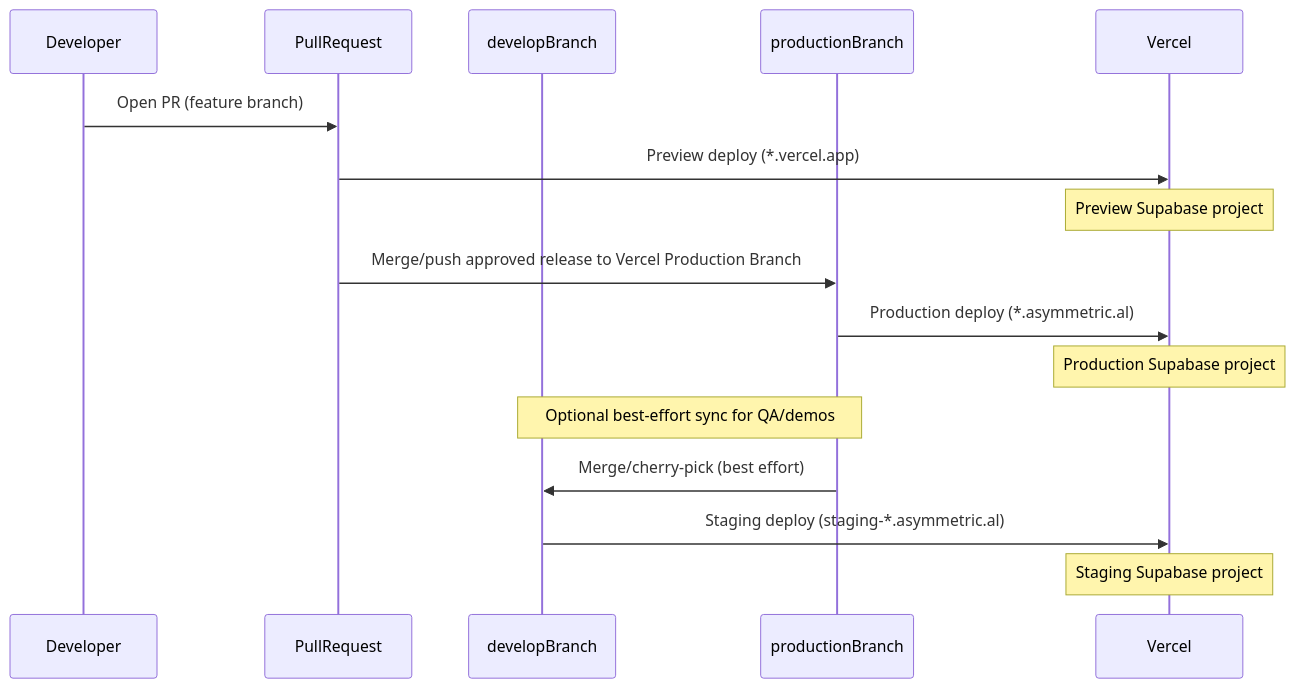
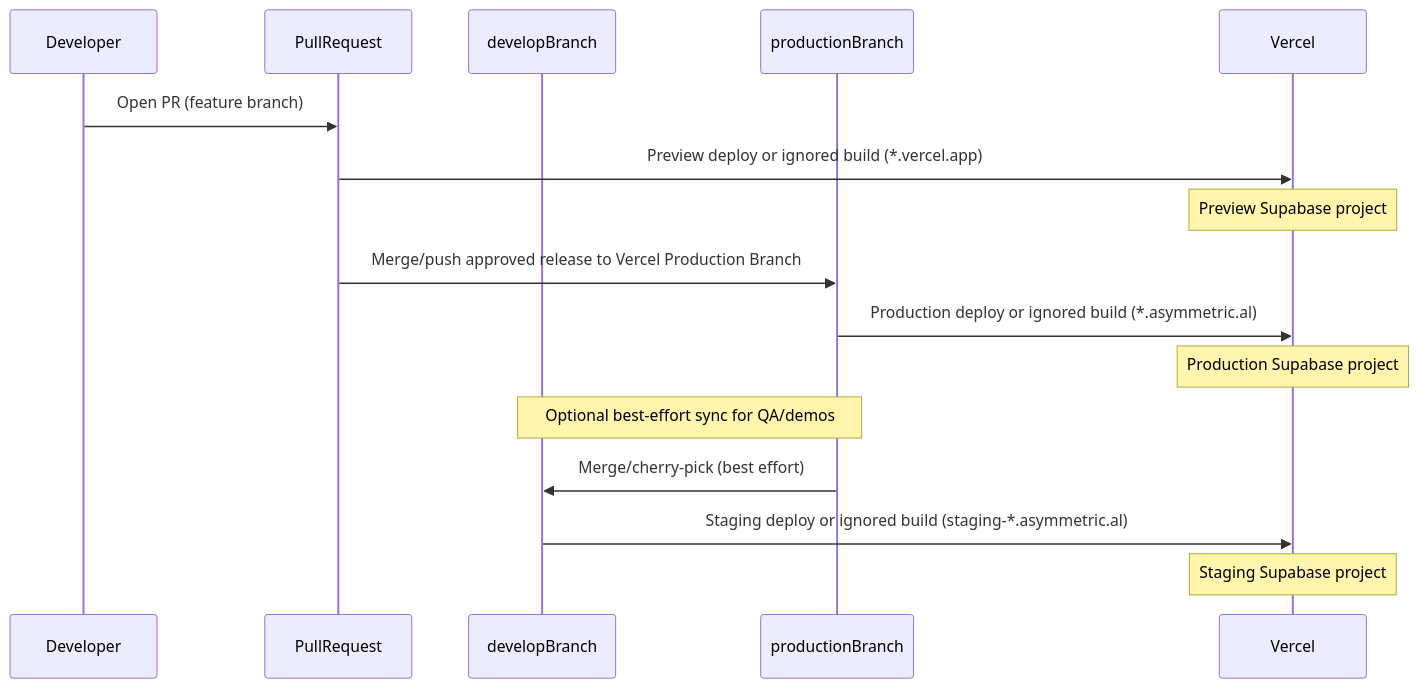
Before and after one commit to Asymmetric-al/core: the diagram in docs/ops/environments.md, drawn with Mermaid. The commit also changed other lines of this file and 34 other files, not shown here.

````diff
--- a/docs/ops/environments.md
+++ b/docs/ops/environments.md
@@ -297,21 +369,21 @@
 ```mermaid
 sequenceDiagram
     participant Dev as Developer
     participant PR as PullRequest
     participant Develop as developBranch
     participant Prod as productionBranch
     participant Vercel as Vercel
 
     Dev->>PR: Open PR (feature branch)
-    PR->>Vercel: Preview deploy (*.vercel.app)
+    PR->>Vercel: Preview deploy or ignored build (*.vercel.app)
     Note over Vercel: Preview Supabase project
 
     PR->>Prod: Merge/push approved release to Vercel Production Branch
-    Prod->>Vercel: Production deploy (*.asymmetric.al)
+    Prod->>Vercel: Production deploy or ignored build (*.asymmetric.al)
     Note over Vercel: Production Supabase project
 
     Note over Prod,Develop: Optional best-effort sync for QA/demos
     Prod->>Develop: Merge/cherry-pick (best effort)
-    Develop->>Vercel: Staging deploy (staging-*.asymmetric.al)
+    Develop->>Vercel: Staging deploy or ignored build (staging-*.asymmetric.al)
     Note over Vercel: Staging Supabase project
 ```
````
